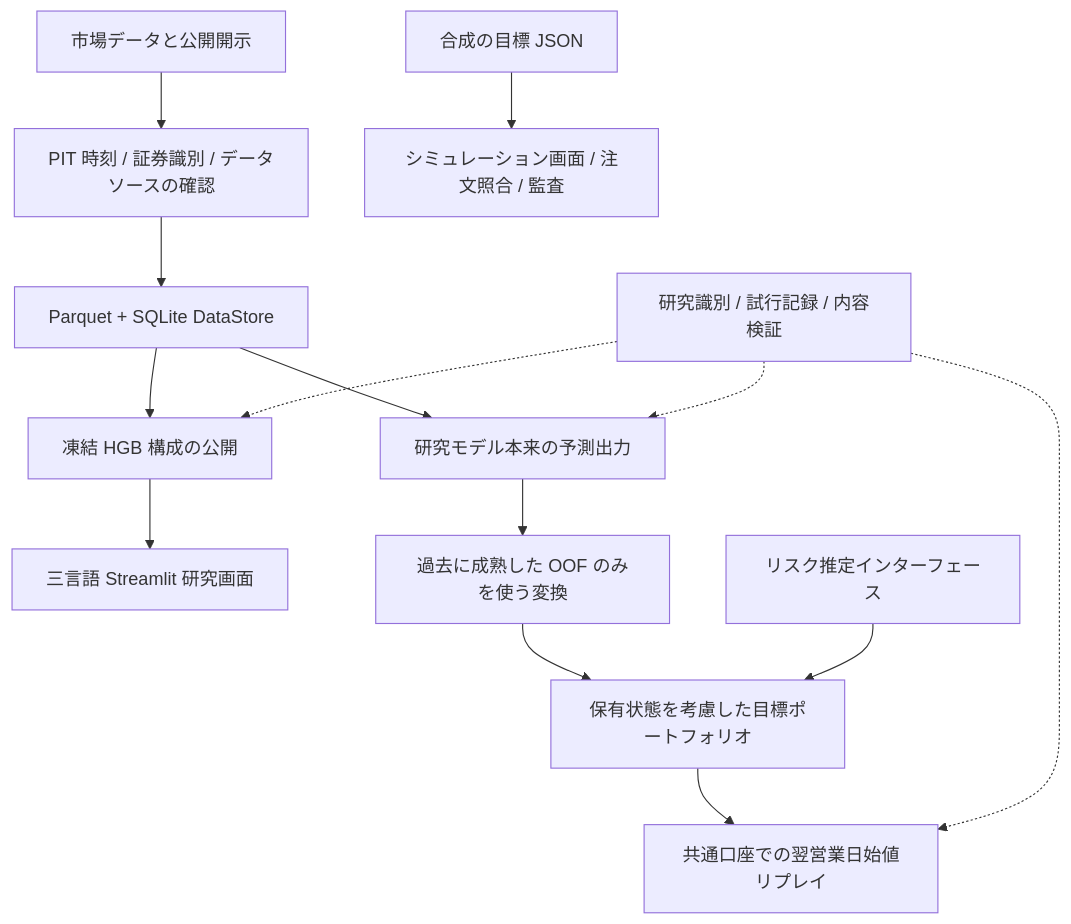
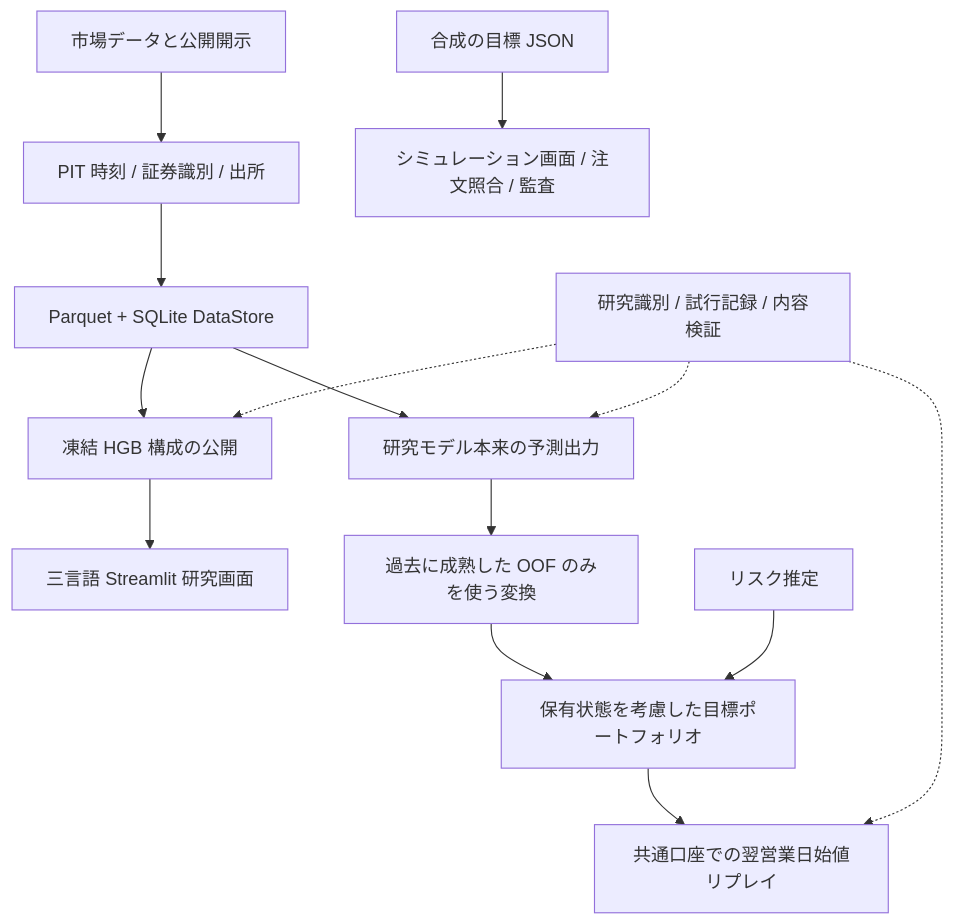
The diagram in docs/README.ja.md (kinryukii/us-tech-quant-v21), drawn with Mermaid before and after one commit. The commit also changed other lines of this file, not shown here.

Commit message:
docs: refine Japanese diagram labels and demo instructions
Shorten labels after checking actual GitHub rendering and use the workbench's visible button names in the Japanese walkthrough.

````diff
--- a/docs/README.ja.md
+++ b/docs/README.ja.md
@@ -32,16 +32,16 @@
 ```mermaid
 flowchart TB
-    Sources[市場データと公開開示] --> PIT[PIT 時刻 / 証券識別 / データソースの確認]
+    Sources[市場データと公開開示] --> PIT[PIT 時刻 / 証券識別 / 出所]
     PIT --> Store[Parquet + SQLite DataStore]
     Store --> HGB[凍結 HGB 構成の公開]
     HGB --> Demo[三言語 Streamlit 研究画面]
     Store --> Forecast[研究モデル本来の予測出力]
     Forecast --> Bridge[過去に成熟した OOF のみを使う変換]
     Bridge --> Policy[保有状態を考慮した目標ポートフォリオ]
-    Risk[リスク推定インターフェース] --> Policy
+    Risk[リスク推定] --> Policy
     Policy --> Replay[共通口座での翌営業日始値リプレイ]
     Registry[研究識別 / 試行記録 / 内容検証] -.-> HGB
     Registry -.-> Forecast
     Registry -.-> Replay
     JSON[合成の目標 JSON] --> Paper[シミュレーション画面 / 注文照合 / 監査]
 ```
````
